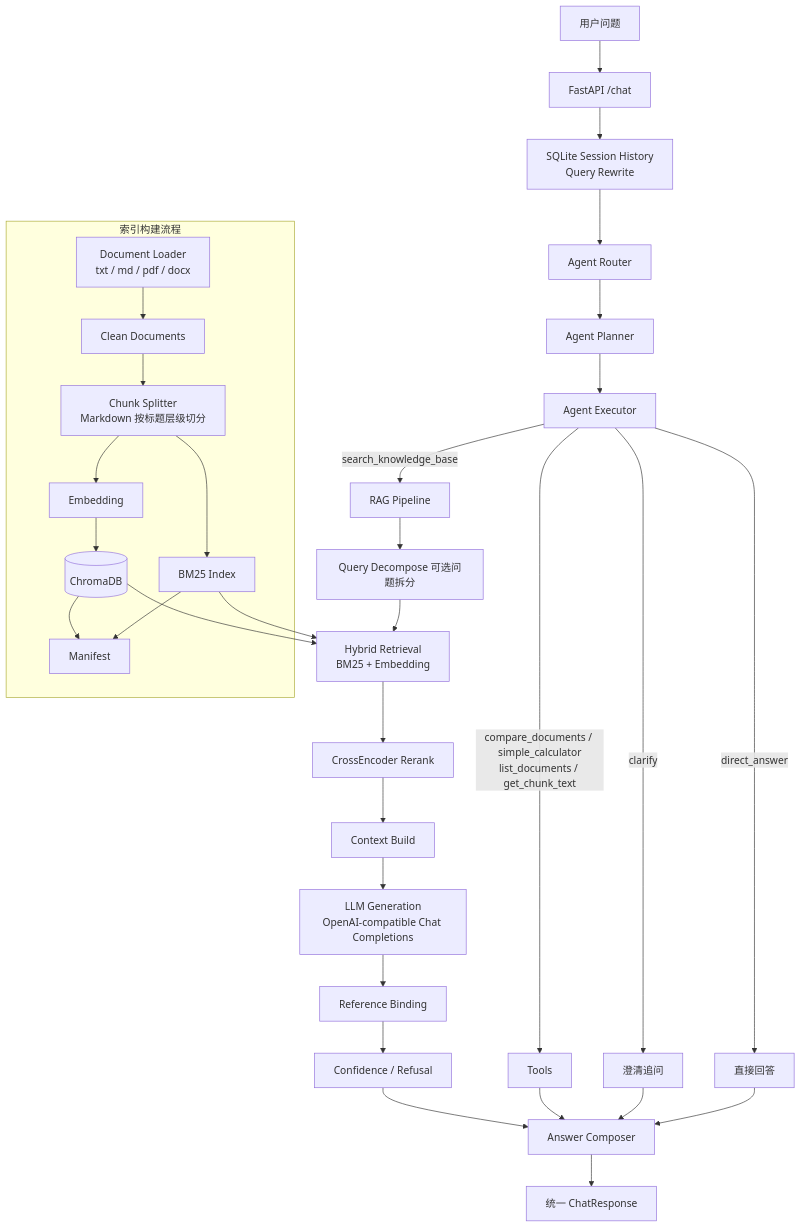
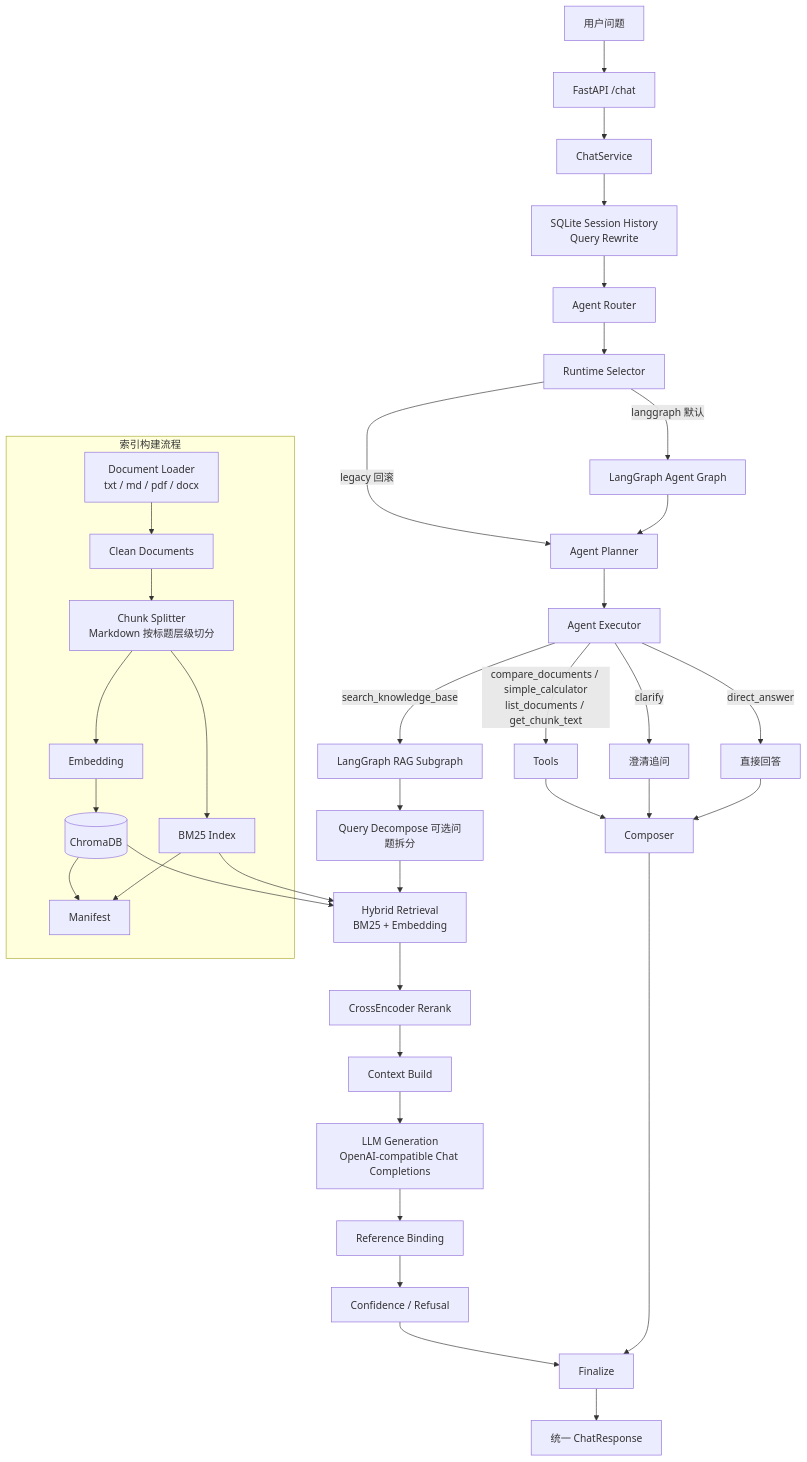
The diagram in README.md (LiBoEN123/rag-agent-qa-system), drawn with Mermaid before and after one commit. The commit also changed other lines of this file and 17 other files, not shown here.

Commit message:
将 LangGraph Runtime 正式设为默认运行时，完成迁移验收、兼容性收尾和 Legacy Runtime 降级保留。

````diff
--- a/README.md
+++ b/README.md
@@ -24,38 +24,43 @@
 ```mermaid
 flowchart TD
     U[用户问题] --> API[FastAPI /chat]
-    API --> QR[SQLite Session History<br/>Query Rewrite]
+    API --> Service[ChatService]
+    Service --> QR[SQLite Session History<br/>Query Rewrite]
     QR --> Router[Agent Router]
-    Router --> Planner[Agent Planner]
+    Router --> Selector[Runtime Selector]
+    Selector -->|langgraph 默认| Graph[LangGraph Agent Graph]
+    Selector -->|legacy 回滚| Planner
+    Graph --> Planner[Agent Planner]
     Planner --> Executor[Agent Executor]
-    Executor -->|search_knowledge_base| RAG[RAG Pipeline]
+    Executor -->|search_knowledge_base| RAG[LangGraph RAG Subgraph]
     Executor -->|compare_documents / simple_calculator<br/>list_documents / get_chunk_text| Tools[Tools]
     Executor -->|clarify| Clarify[澄清追问]
     Executor -->|direct_answer| Direct[直接回答]
 
     RAG --> QD[Query Decompose 可选问题拆分]
     QD --> HR[Hybrid Retrieval<br/>BM25 + Embedding]
     HR --> RR[CrossEncoder Rerank]
     RR --> CB[Context Build]
     CB --> LLM[LLM Generation<br/>OpenAI-compatible Chat Completions]
     LLM --> RB[Reference Binding]
     RB --> Guard[Confidence / Refusal]
-    Guard --> Composer[Answer Composer]
+    Guard --> Finalize[Finalize]
 
     subgraph Indexing[索引构建流程]
         DL[Document Loader<br/>txt / md / pdf / docx] --> CL[Clean Documents]
         CL --> CS[Chunk Splitter<br/>Markdown 按标题层级切分]
         CS --> EMB[Embedding]
         EMB --> Chroma[(ChromaDB)]
         CS --> BM25[BM25 Index]
         Chroma --> Manifest[Manifest]
         BM25 --> Manifest
     end
 
     Chroma --> HR
     BM25 --> HR
     Tools --> Composer
     Clarify --> Composer
     Direct --> Composer
-    Composer --> Resp[统一 ChatResponse]
+    Composer --> Finalize
+    Finalize --> Resp[统一 ChatResponse]
 ```
````
